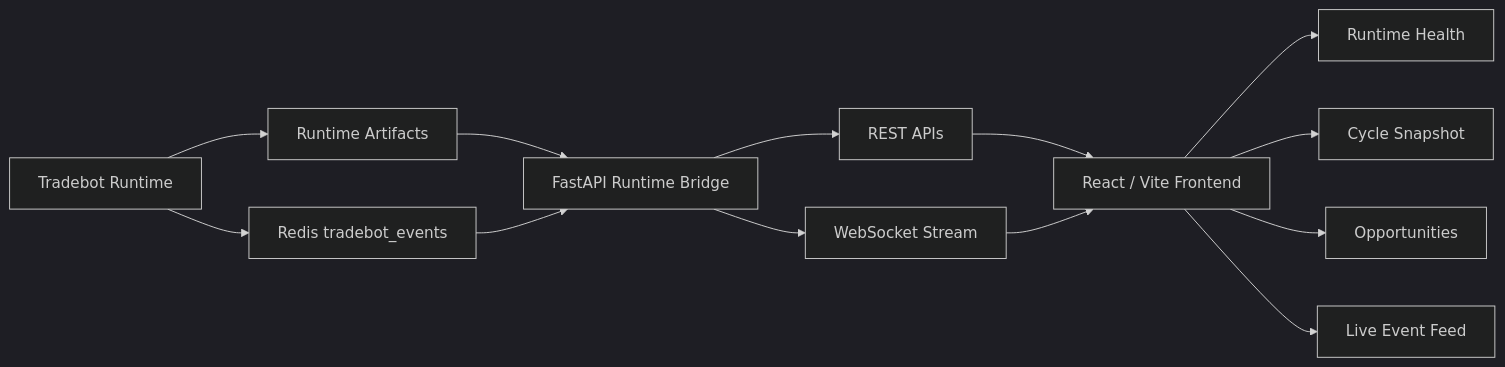
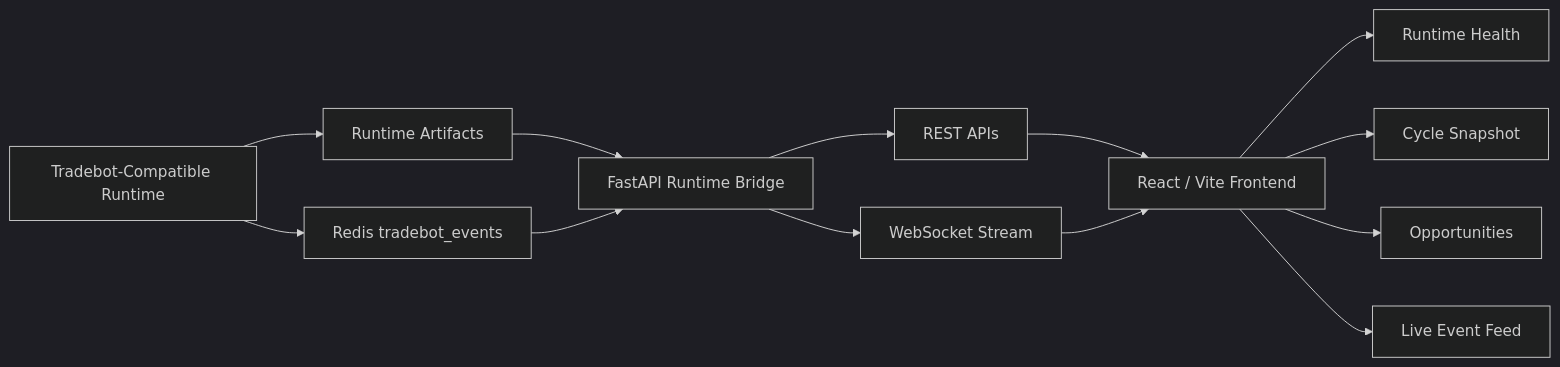
One commit to ramgolladi1503-sys/algotradify changed the diagram in README.md. Above: the diagram before and after it, drawn with Mermaid (dark theme). The commit also changed other lines of this file, not shown here.

Commit message:
Document canonical Algotradify runtime command

````diff
--- a/README.md
+++ b/README.md
@@ -47,15 +47,15 @@
 ```mermaid
 flowchart LR
-    A[Tradebot Runtime] --> B[Runtime Artifacts]
+    A[Tradebot-Compatible Runtime] --> B[Runtime Artifacts]
     A --> C[Redis tradebot_events]
     B --> D[FastAPI Runtime Bridge]
     C --> D
     D --> E[REST APIs]
     D --> F[WebSocket Stream]
     E --> G[React / Vite Frontend]
     F --> G
     G --> H[Runtime Health]
     G --> I[Cycle Snapshot]
     G --> J[Opportunities]
     G --> K[Live Event Feed]
 ```
````
